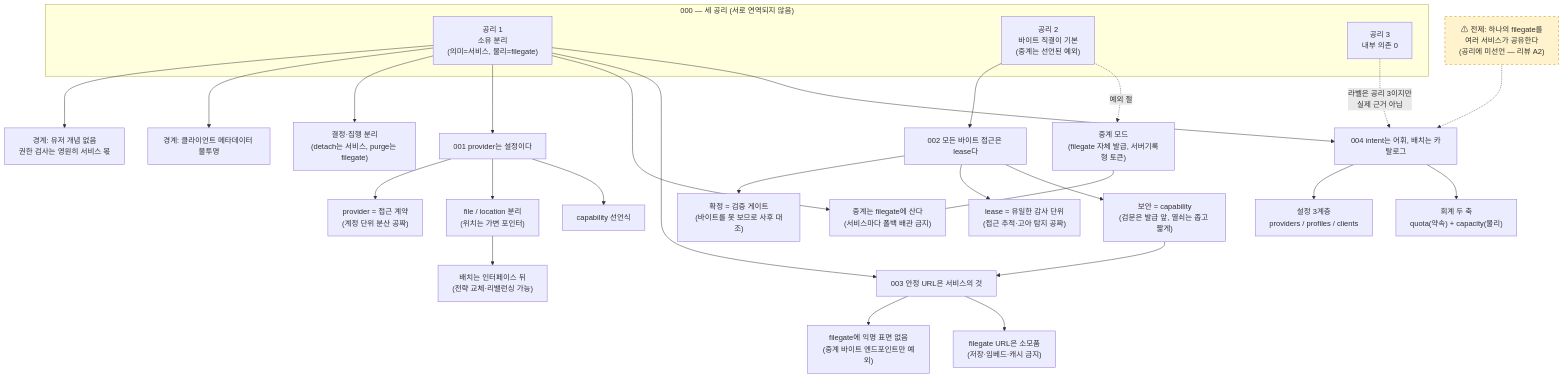
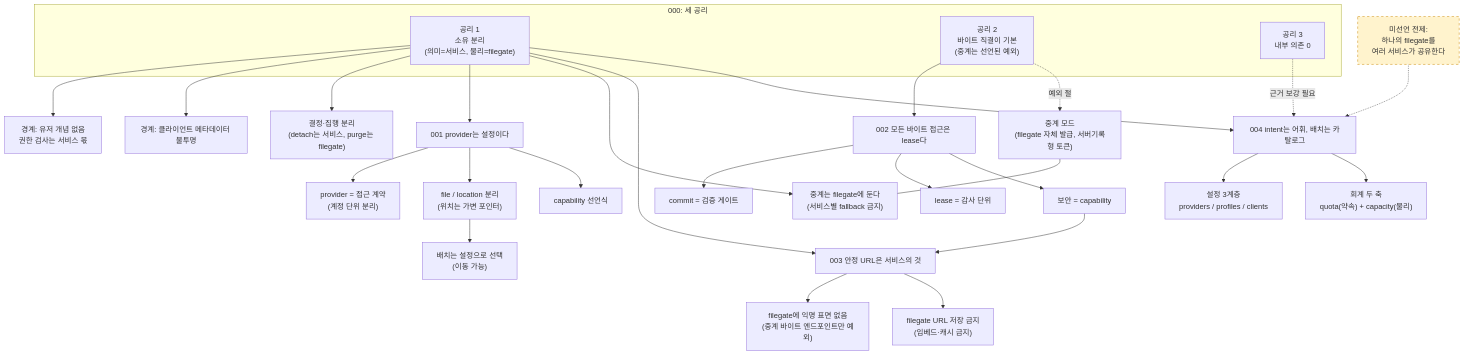
One commit to cagojeiger/filegate changed the first of 2 diagrams in docs/adr/ontology.md. Above: the diagram before and after it, drawn with Mermaid. The commit also changed other lines of this file and 6 other files, not shown here.

````diff
--- a/docs/adr/ontology.md
+++ b/docs/adr/ontology.md
@@ -7,39 +7,39 @@
 ```mermaid
 graph TD
-    subgraph AX["000 — 세 공리 (서로 연역되지 않음)"]
+    subgraph AX["000: 세 공리"]
         A1["공리 1<br/>소유 분리<br/>(의미=서비스, 물리=filegate)"]
         A2["공리 2<br/>바이트 직결이 기본<br/>(중계는 선언된 예외)"]
         A3["공리 3<br/>내부 의존 0"]
     end
 
-    A1 --> B1["경계: 유저 개념 없음<br/>권한 검사는 영원히 서비스 몫"]
+    A1 --> B1["경계: 유저 개념 없음<br/>권한 검사는 서비스 몫"]
     A1 --> B2["경계: 클라이언트 메타데이터 불투명"]
     A1 --> B3["결정·집행 분리<br/>(detach는 서비스, purge는 filegate)"]
 
     A1 --> D001["001 provider는 설정이다"]
-    D001 --> D001a["provider = 접근 계약<br/>(계정 단위 분산 공짜)"]
+    D001 --> D001a["provider = 접근 계약<br/>(계정 단위 분리)"]
     D001 --> D001b["file / location 분리<br/>(위치는 가변 포인터)"]
     D001 --> D001c["capability 선언식"]
-    D001b --> D001d["배치는 인터페이스 뒤<br/>(전략 교체·리밸런싱 가능)"]
+    D001b --> D001d["배치는 설정으로 선택<br/>(이동 가능)"]
 
     A2 --> D002["002 모든 바이트 접근은 lease다"]
-    D002 --> D002a["확정 = 검증 게이트<br/>(바이트를 못 보므로 사후 대조)"]
-    D002 --> D002b["lease = 유일한 감사 단위<br/>(접근 추적·고아 탐지 공짜)"]
-    D002 --> D002c["보안 = capability<br/>(검문은 발급 앞, 열쇠는 좁고 짧게)"]
+    D002 --> D002a["commit = 검증 게이트"]
+    D002 --> D002b["lease = 감사 단위"]
+    D002 --> D002c["보안 = capability"]
     A2 -. "예외 절" .-> D002d["중계 모드<br/>(filegate 자체 발급, 서버기록형 토큰)"]
-    A1 --> D002e["중계는 filegate에 산다<br/>(서비스마다 폴백 배관 금지)"]
+    A1 --> D002e["중계는 filegate에 둔다<br/>(서비스별 fallback 금지)"]
     D002d --- D002e
 
     A1 --> D003["003 안정 URL은 서비스의 것"]
     D002c --> D003
     D003 --> D003a["filegate에 익명 표면 없음<br/>(중계 바이트 엔드포인트만 예외)"]
-    D003 --> D003b["filegate URL은 소모품<br/>(저장·임베드·캐시 금지)"]
+    D003 --> D003b["filegate URL 저장 금지<br/>(임베드·캐시 금지)"]
 
     A1 --> D004["004 intent는 어휘, 배치는 카탈로그"]
-    MT["⚠ 전제: 하나의 filegate를<br/>여러 서비스가 공유한다<br/>(공리에 미선언 — 리뷰 A2)"] -.-> D004
-    A3 -. "라벨은 공리 3이지만<br/>실제 근거 아님" .-> D004
+    MT["미선언 전제:<br/>하나의 filegate를<br/>여러 서비스가 공유한다"] -.-> D004
+    A3 -. "근거 보강 필요" .-> D004
     D004 --> D004a["설정 3계층<br/>providers / profiles / clients"]
     D004 --> D004b["회계 두 축<br/>quota(약속) + capacity(물리)"]
 
     style MT fill:#fff3cd,stroke:#cc8800,stroke-dasharray: 5 5
 ```
````
